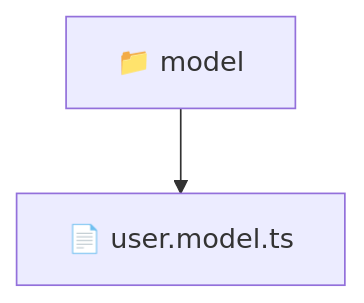
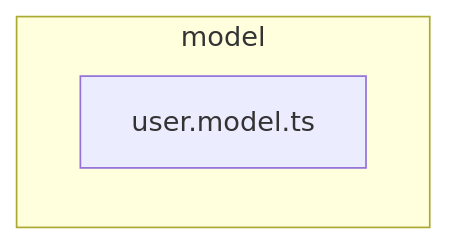
The diagram in frontend/src/entities/user/model/README.md (beginwebdev2002/fullstack-mavluda), drawn with Mermaid before and after one commit. The commit also changed other lines of this file and 163 other files, not shown here.

````diff
--- a/frontend/src/entities/user/model/README.md
+++ b/frontend/src/entities/user/model/README.md
@@ -11,5 +15,6 @@
 ```mermaid
 graph TD
-  Root["📁 model"]
-  Root --> user_model_ts["📄 user.model.ts"]
+  subgraph model
+    user_model_ts["user.model.ts"]
+  end
 ```
````
